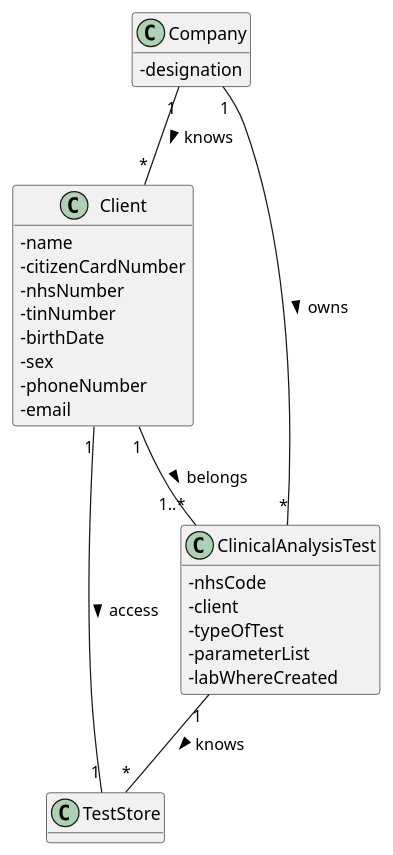
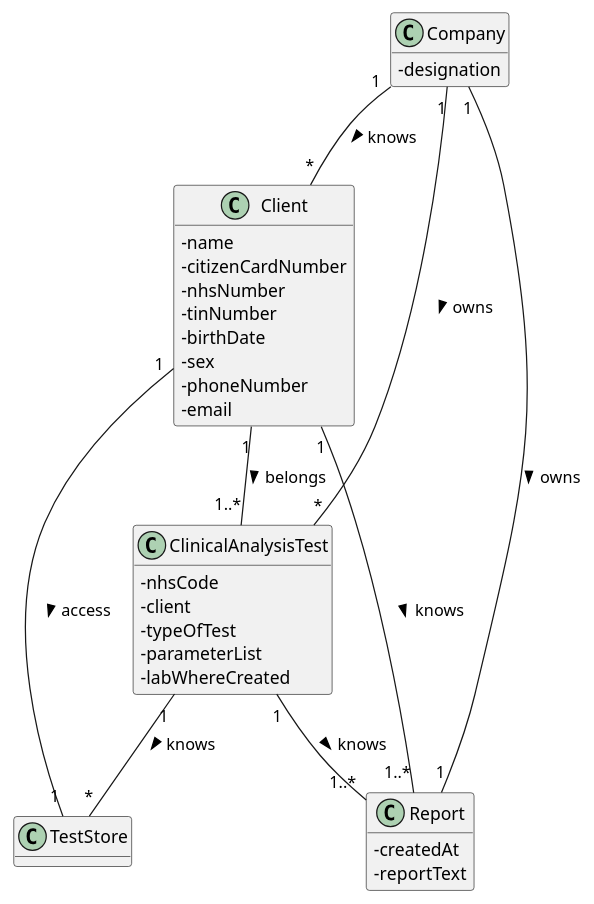
Before and after one commit to GuilhermeCunha79/lapr2: the diagram in docs/SprintD/US1/US1_MD.puml, drawn with PlantUML. The commit also changed 13 other files, not shown here.

```diff
--- a/docs/SprintD/US1/US1_MD.puml
+++ b/docs/SprintD/US1/US1_MD.puml
@@ -1,38 +1,46 @@
 @startuml
 'https://plantuml.com/use-case-diagram
 hide methods
 skinparam classAttributeIconSize 0
 
 class Company{
 -designation
 }
 
 class Client {
 -name
 -citizenCardNumber
 -nhsNumber
 -tinNumber
 -birthDate
 -sex
 -phoneNumber
 -email
 }
 
 class ClinicalAnalysisTest {
 - nhsCode
 - client
 - typeOfTest
 - parameterList
 - labWhereCreated
 }
+class Report {
+- createdAt
+- reportText
+}
 
 
 
 Company"1" -- "*"Client :> knows
 
 Company "1" -- "*" ClinicalAnalysisTest :> owns
+Company "1" -- "1" Report :> owns
 Client "1" -- "1..*" ClinicalAnalysisTest :> belongs
 Client "1" -- "1" TestStore :> access
 ClinicalAnalysisTest "1" -- "*" TestStore :> knows
+ClinicalAnalysisTest "1" -- "1..*" Report :> knows
+Client "1" -- "1..*" Report :> knows
+
 
 @enduml
```
